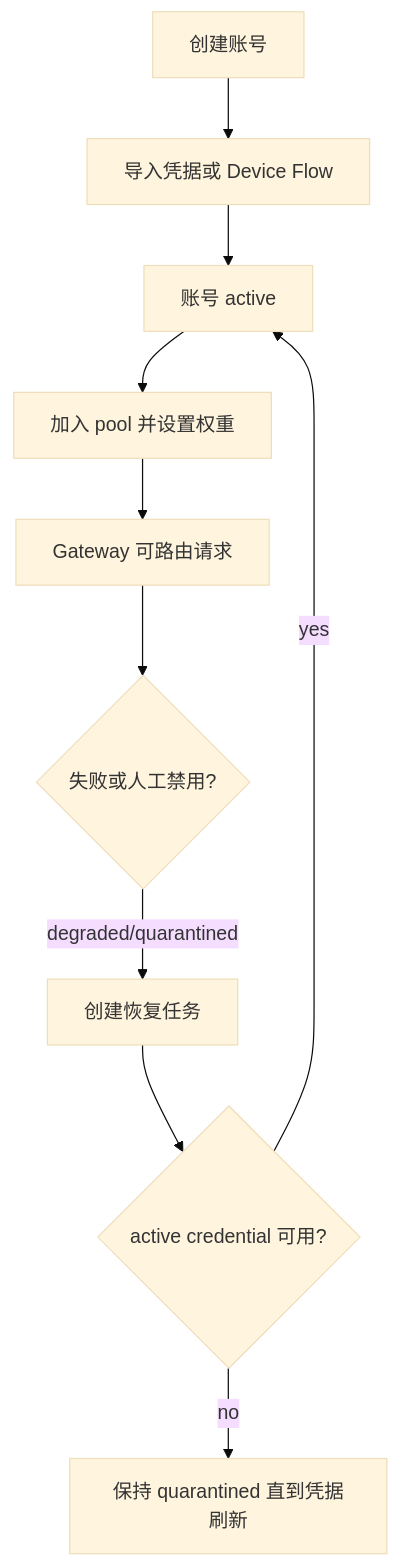
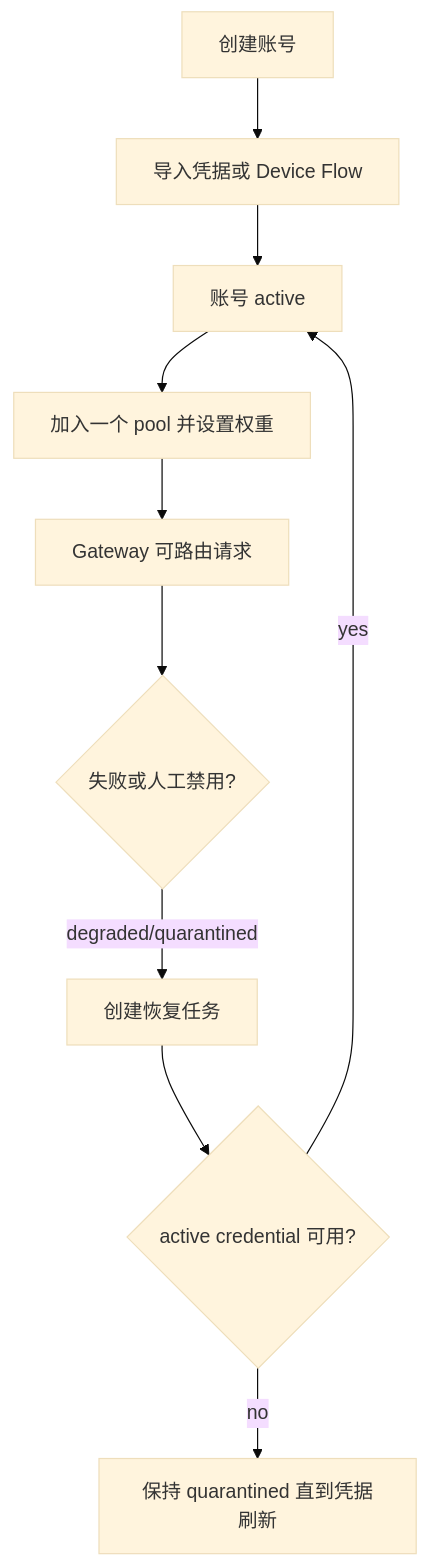
One commit to pczhao1210/ghcp-pool-proxy changed the first of 2 diagrams in FEATURES.zh.md. Above: the diagram before and after it, drawn with Mermaid (base theme). The commit also changed other lines of this file and 16 other files, not shown here.

````diff
--- a/FEATURES.zh.md
+++ b/FEATURES.zh.md
@@ -7,12 +7,12 @@
 ```mermaid
 flowchart TD
   A["创建账号"] --> B["导入凭据或 Device Flow"]
   B --> C["账号 active"]
-  C --> D["加入 pool 并设置权重"]
+  C --> D["加入一个 pool 并设置权重"]
   D --> E["Gateway 可路由请求"]
   E --> F{"失败或人工禁用?"}
   F -->|"degraded/quarantined"| G["创建恢复任务"]
   G --> H{"active credential 可用?"}
   H -->|"yes"| C
   H -->|"no"| I["保持 quarantined 直到凭据刷新"]
 ```
````
